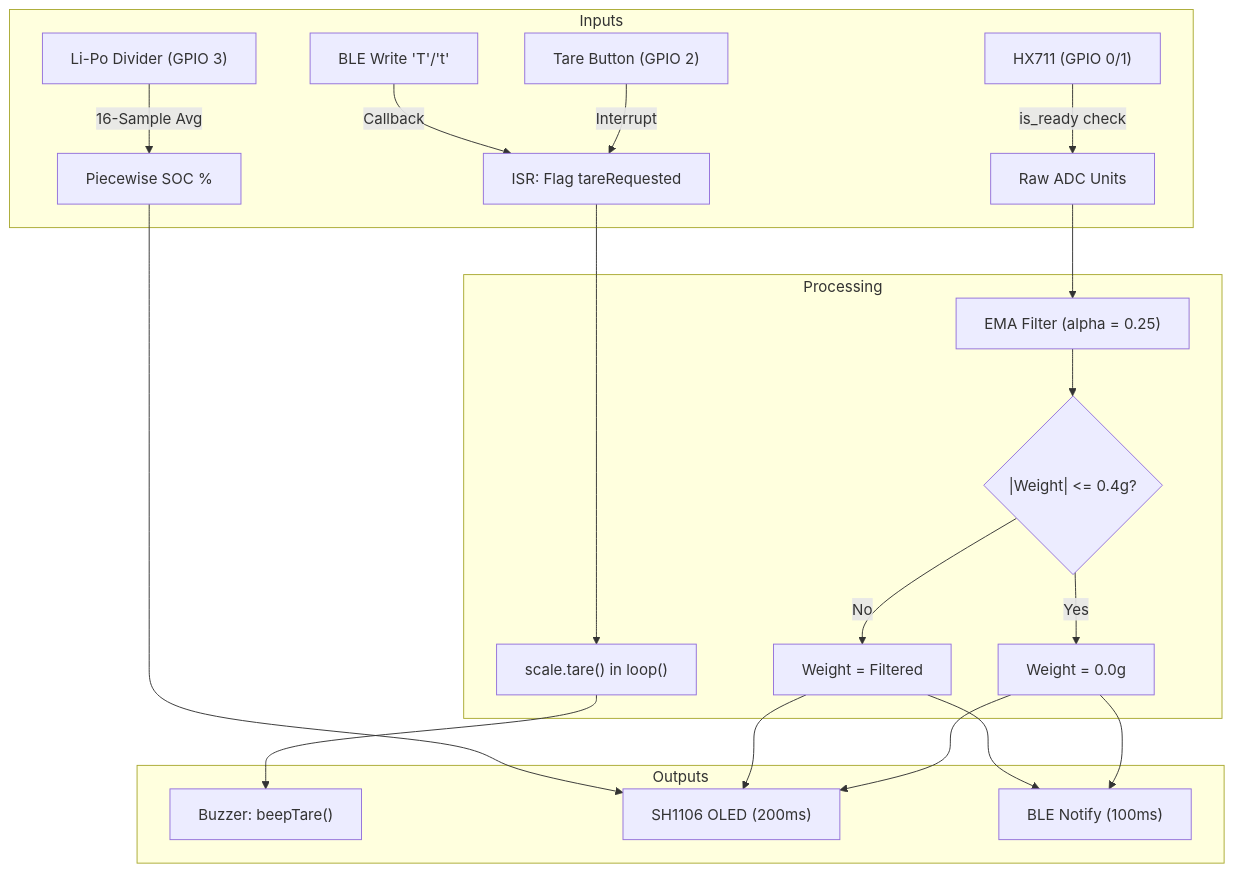
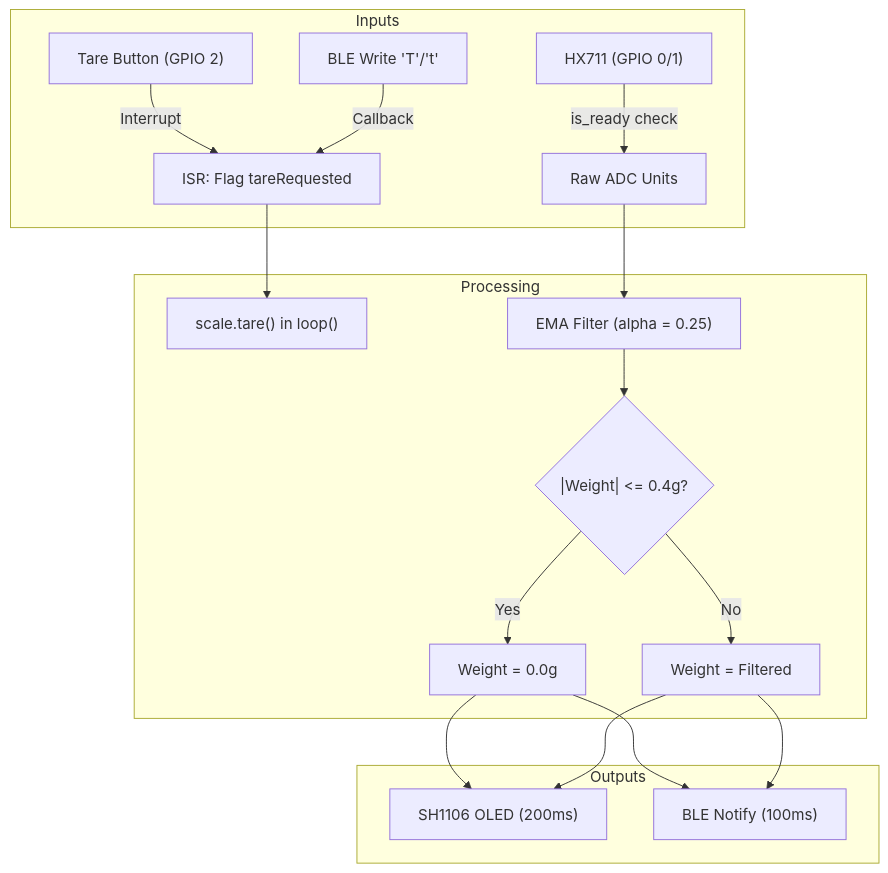
The diagram in README.md (AtaCanYmc/SmartcaleESP32), drawn with Mermaid before and after one commit. The commit also changed other lines of this file and 15 other files, not shown here.

Commit message:
feat: simplify tare execution flow and remove buzzer references from documentation

````diff
--- a/README.md
+++ b/README.md
@@ -99,24 +93,21 @@
 ```mermaid
 flowchart TD
     subgraph Inputs
         BTN["Tare Button (GPIO 2)"] -->|Interrupt| ISR["ISR: Flag tareRequested"]
         BLE_CMD["BLE Write 'T'/'t'"] -->|Callback| ISR
-        ADC["Li-Po Divider (GPIO 3)"] -->|16-Sample Avg| BAT["Piecewise SOC %"]
         HX["HX711 (GPIO 0/1)"] -->|is_ready check| RAW["Raw ADC Units"]
     end
 
     subgraph Processing
         ISR --> TARE_EXEC["scale.tare() in loop()"]
         RAW --> EMA["EMA Filter (alpha = 0.25)"]
         EMA --> DB{"|Weight| <= 0.4g?"}
         DB -->|Yes| ZERO["Weight = 0.0g"]
         DB -->|No| OUT["Weight = Filtered"]
     end
 
     subgraph Outputs
-        TARE_EXEC --> BZ1["Buzzer: beepTare()"]
         ZERO & OUT --> DISP["SH1106 OLED (200ms)"]
         ZERO & OUT --> BLE_TX["BLE Notify (100ms)"]
-        BAT --> DISP
     end
 ```
````
